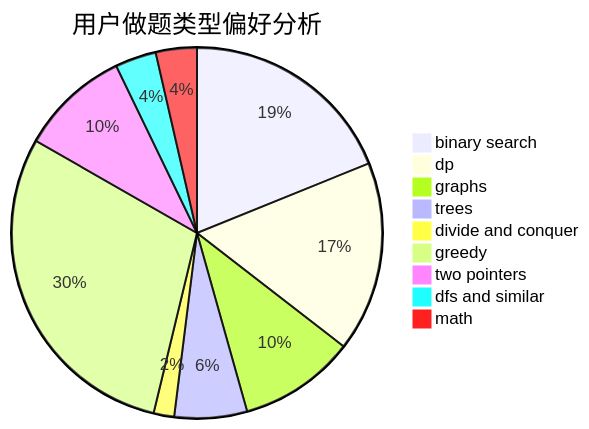
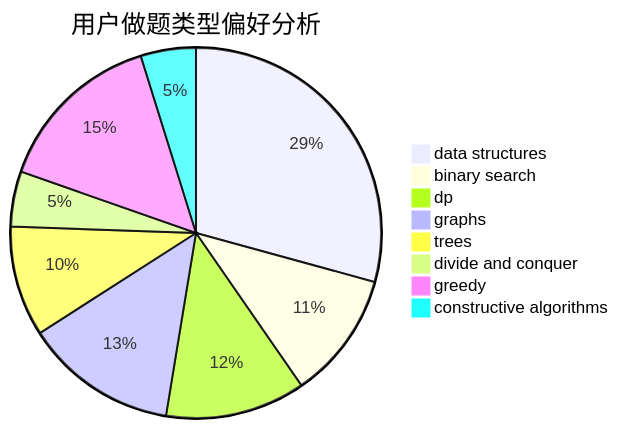
One commit to sherpahu/cfrs.github.io changed the second of 3 diagrams in docs/user/u1754.md. Above: the diagram before and after it, drawn with Mermaid. The commit also changed other lines of this file and 2775 other files, not shown here.

````diff
--- a/docs/user/u1754.md
+++ b/docs/user/u1754.md
@@ -23,12 +23,11 @@
 ```mermaid
 pie title 用户做题类型偏好分析
-    "binary search" :  158
-    "dp" :  139
-    "graphs" :  85
-    "trees" :  53
-    "divide and conquer" :  15
-    "greedy" :  247
-    "two pointers" :  80
-    "dfs and similar" :  30
-    "math" :  30
+    "data structures" :  79
+    "binary search" :  30
+    "dp" :  33
+    "graphs" :  36
+    "trees" :  26
+    "divide and conquer" :  13
+    "greedy" :  40
+    "constructive algorithms" :  13
 ```
````
